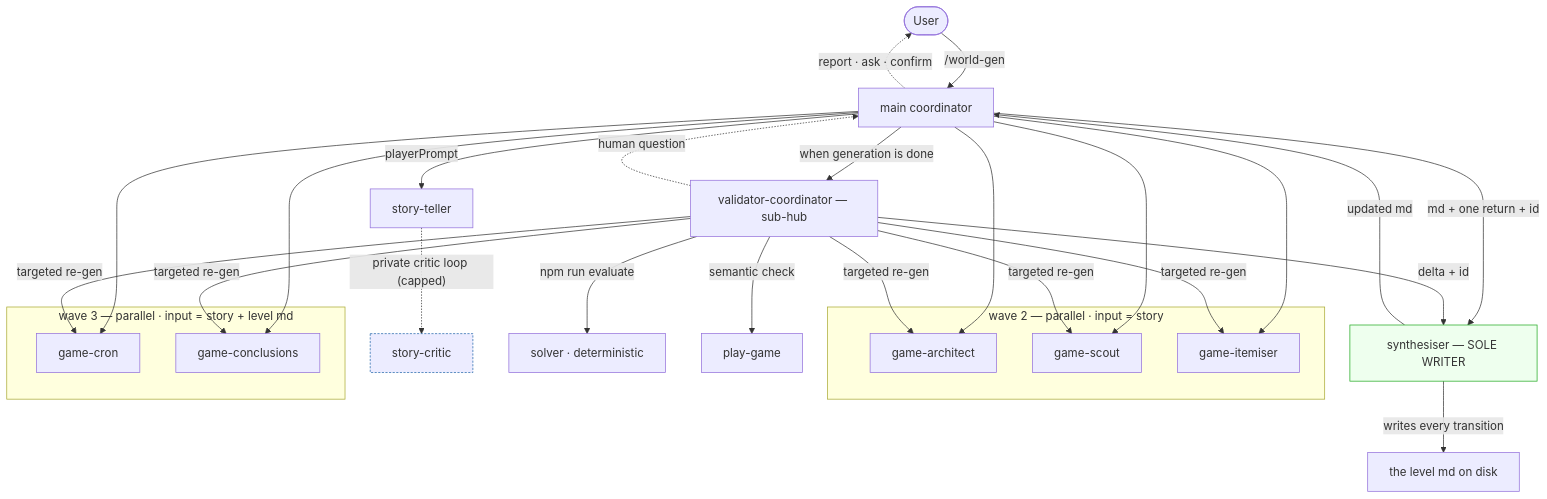
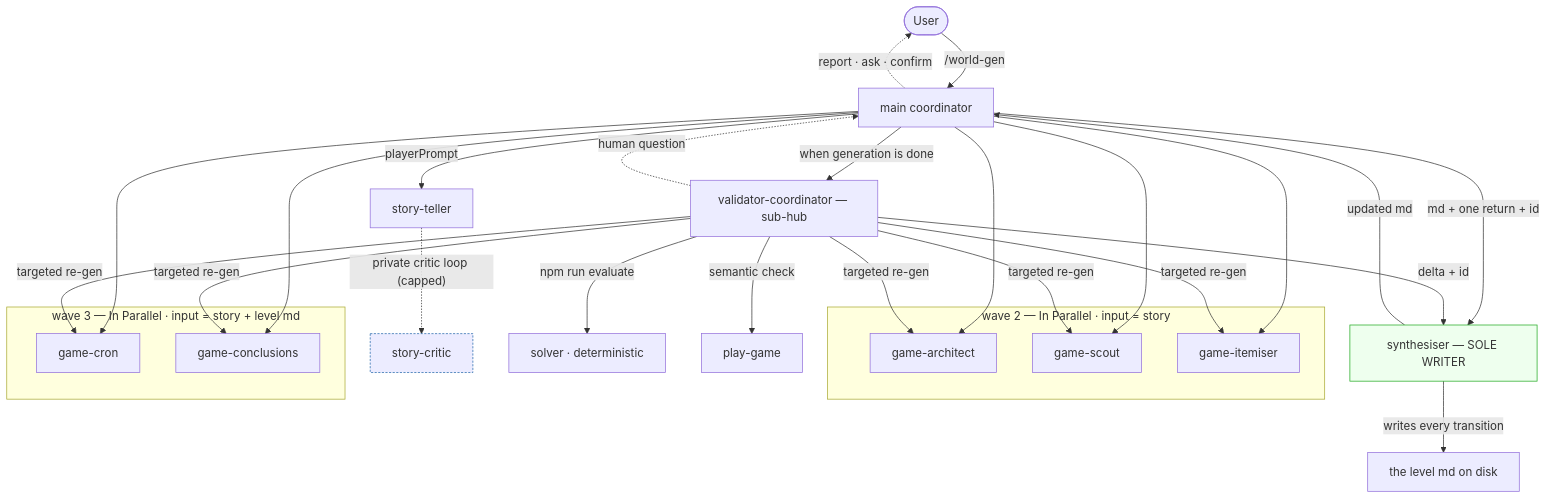
The second of 2 diagrams in docs/design/world-gen-agentic-hld.md (DecentAppsNet/castle-mystery), drawn with Mermaid before and after one commit. The commit also changed other lines of this file and 1 other file, not shown here.

````diff
--- a/docs/design/world-gen-agentic-hld.md
+++ b/docs/design/world-gen-agentic-hld.md
@@ -144,34 +144,34 @@
 ```mermaid
 flowchart TD
     U([User]) -->|"/world-gen"| WG["main coordinator"]
     WG -.->|"report · ask · confirm"| U
 
     WG -->|"playerPrompt"| ST["story-teller"]
     ST -.->|"private critic loop (capped)"| SK["story-critic"]:::child
 
-    subgraph wave2["wave 2 — parallel · input = story"]
+    subgraph wave2["wave 2 — In Parallel · input = story"]
         AR["game-architect"]
         SC["game-scout"]
         IT["game-itemiser"]
     end
-    subgraph wave3["wave 3 — parallel · input = story + level md"]
+    subgraph wave3["wave 3 — In Parallel · input = story + level md"]
         CR["game-cron"]
         CN["game-conclusions"]
     end
 
     WG --> AR & SC & IT
     WG --> CR & CN
     WG -->|"md + one return + id"| SY["synthesiser — SOLE WRITER"]:::writer
     SY -->|"writes every transition"| FILE["the level md on disk"]
     SY -->|"updated md"| WG
 
     WG -->|"when generation is done"| VC["validator-coordinator — sub-hub"]
     VC -->|"npm run evaluate"| EV["solver · deterministic"]
     VC -->|"semantic check"| PG["play-game"]
     VC -->|"targeted re-gen"| AR & SC & IT & CR & CN
     VC -->|"delta + id"| SY
     VC -.->|"human question"| WG
 
     classDef writer fill:#efe,stroke:#2a2;
     classDef child stroke-dasharray:3 2,stroke:#2266aa;
 ```
````
